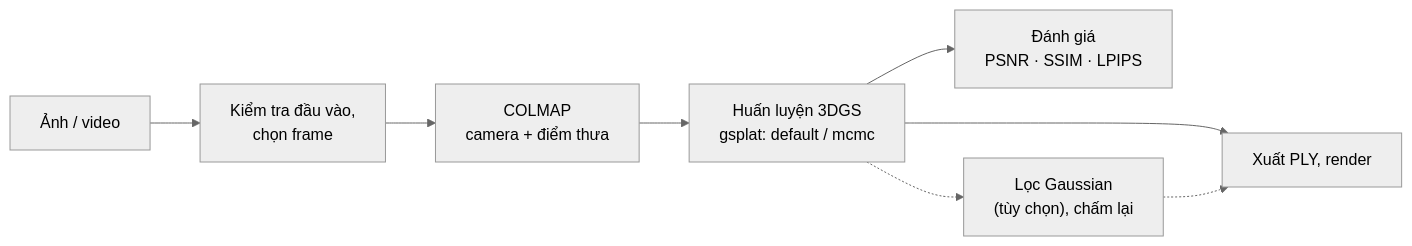
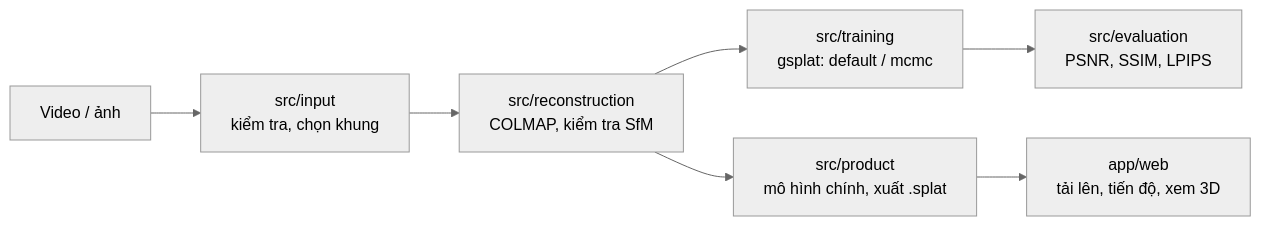
One commit to truong0809/SpatialRoom3D changed the diagram in README.md. Above: the diagram before and after it, drawn with Mermaid (neutral theme). The commit also changed other lines of this file and 28 other files, not shown here.

````diff
--- a/README.md
+++ b/README.md
@@ -11,10 +22,9 @@
 ```mermaid
 flowchart LR
-    A["Ảnh / video"] --> B["Kiểm tra đầu vào,<br/>chọn frame"]
-    B --> C["COLMAP<br/>camera + điểm thưa"]
-    C --> D["Huấn luyện 3DGS<br/>gsplat: default / mcmc"]
-    D --> E["Xuất PLY, render"]
-    D --> F["Đánh giá<br/>PSNR · SSIM · LPIPS"]
-    D -.-> G["Lọc Gaussian<br/>(tùy chọn), chấm lại"]
-    G -.-> E
+    A["Video / ảnh"] --> B["src/input<br/>kiểm tra, chọn khung"]
+    B --> C["src/reconstruction<br/>COLMAP, kiểm tra SfM"]
+    C --> D["src/training<br/>gsplat: default / mcmc"]
+    D --> E["src/evaluation<br/>PSNR, SSIM, LPIPS"]
+    C --> F["src/product<br/>mô hình chính, xuất .splat"]
+    F --> G["app/web<br/>tải lên, tiến độ, xem 3D"]
 ```
````
